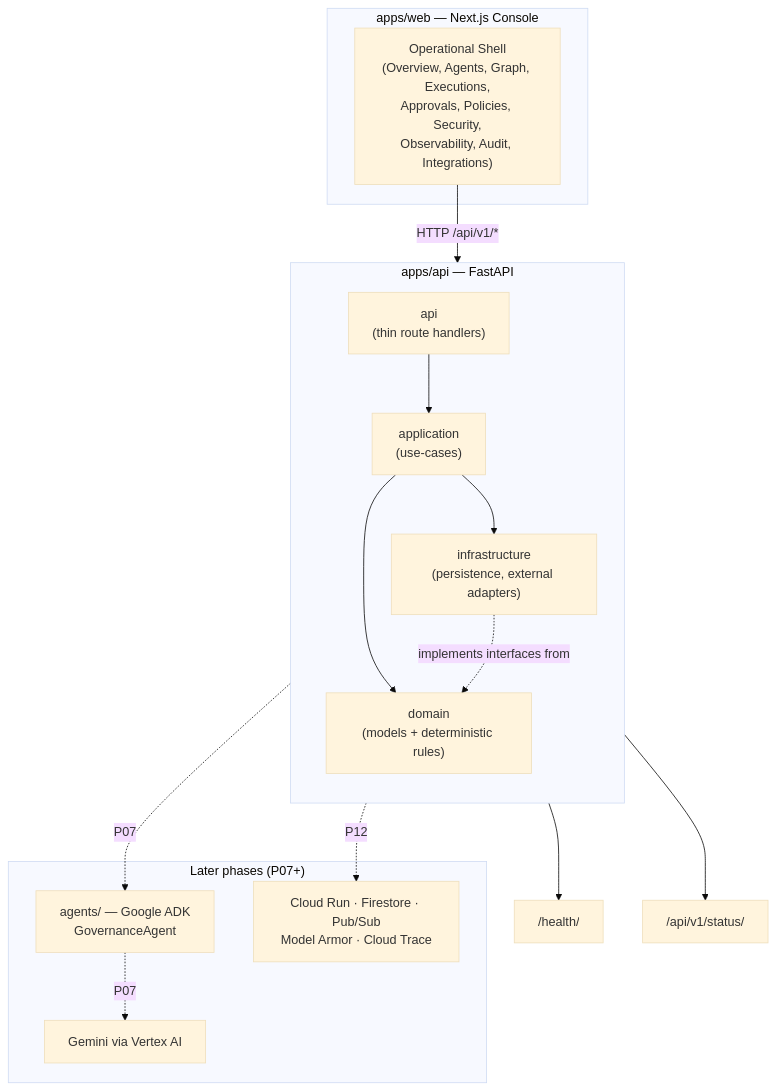
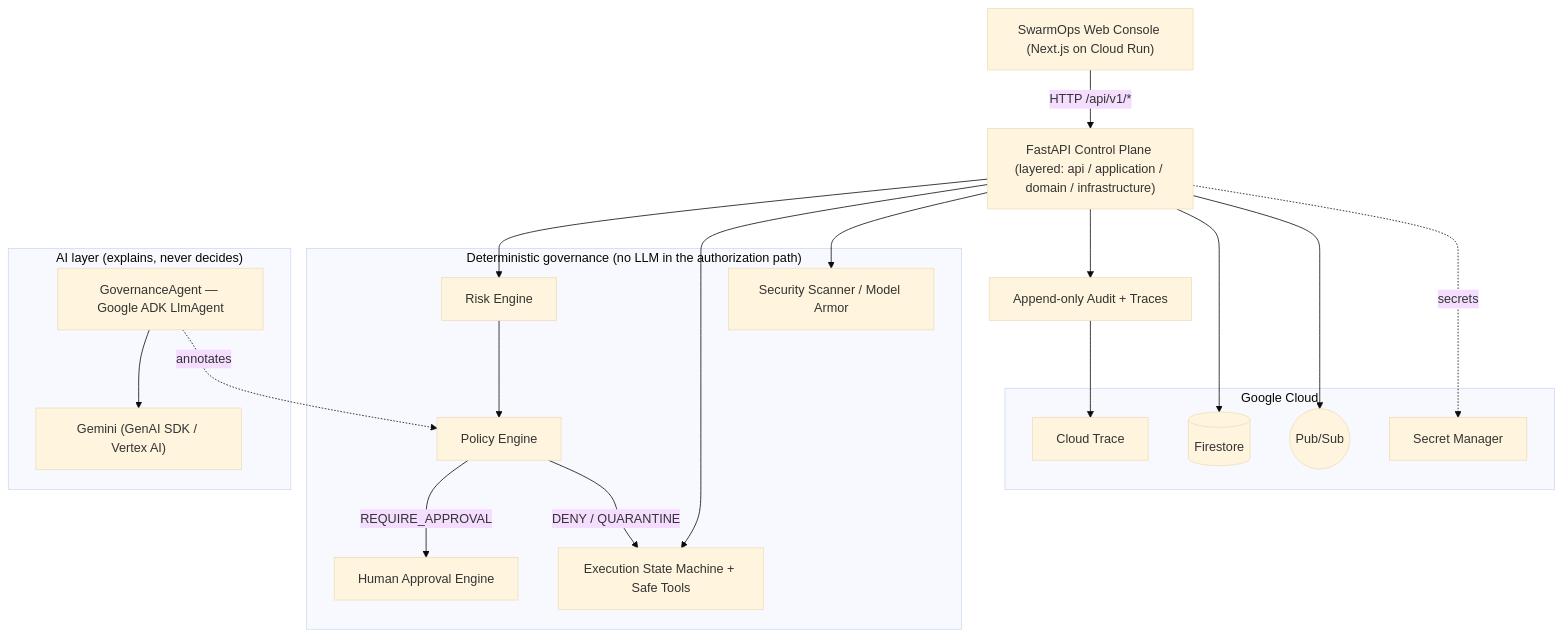
The first of 2 diagrams in docs/architecture/system.md (datAgent77/swarmops-agentic), drawn with Mermaid (base theme) before and after one commit. The commit also changed other lines of this file and 12 other files, not shown here.

First line of the commit message:
hardening: real Google ADK GovernanceAgent + doc consistency

````diff
--- a/docs/architecture/system.md
+++ b/docs/architecture/system.md
@@ -17,30 +18,39 @@
 ```mermaid
 flowchart TB
-    subgraph Client["apps/web — Next.js Console"]
-        UI["Operational Shell\n(Overview, Agents, Graph, Executions,\nApprovals, Policies, Security,\nObservability, Audit, Integrations)"]
+    UI["SwarmOps Web Console (Next.js on Cloud Run)"]
+    UI -->|"HTTP /api/v1/*"| API["FastAPI Control Plane (layered: api / application / domain / infrastructure)"]
+
+    subgraph Governance["Deterministic governance (no LLM in the authorization path)"]
+        RISK["Risk Engine"]
+        POL["Policy Engine"]
+        EXEC["Execution State Machine + Safe Tools"]
+        HUM["Human Approval Engine"]
+        SEC["Security Scanner / Model Armor"]
     end
 
-    subgraph API["apps/api — FastAPI"]
-        direction TB
-        A["api\n(thin route handlers)"]
-        APP["application\n(use-cases)"]
-        DOM["domain\n(models + deterministic rules)"]
-        INFRA["infrastructure\n(persistence, external adapters)"]
-        A --> APP --> DOM
-        APP --> INFRA
-        INFRA -.implements interfaces from.-> DOM
+    subgraph AI["AI layer (explains, never decides)"]
+        GA["GovernanceAgent — Google ADK LlmAgent"]
+        GEM["Gemini (GenAI SDK / Vertex AI)"]
+        GA --> GEM
     end
 
-    UI -->|"HTTP /api/v1/*"| A
-    A --> H["/health/"]
-    A --> S["/api/v1/status/"]
+    API --> RISK --> POL
+    POL -->|"REQUIRE_APPROVAL"| HUM
+    POL -->|"DENY / QUARANTINE"| EXEC
+    API --> EXEC
+    API --> SEC
+    GA -. annotates .-> POL
 
-    subgraph Future["Later phases (P07+)"]
-        ADK["agents/ — Google ADK\nGovernanceAgent"]
-        GEM["Gemini via Vertex AI"]
-        GCP["Cloud Run · Firestore · Pub/Sub\nModel Armor · Cloud Trace"]
+    subgraph Cloud["Google Cloud"]
+        FS[("Firestore")]
+        PS(("Pub/Sub"))
+        CT["Cloud Trace"]
+        SM["Secret Manager"]
     end
 
-    APP -.P07.-> ADK -.P07.-> GEM
-    INFRA -.P12.-> GCP
+    API --> AUD["Append-only Audit + Traces"]
+    API --> FS
+    API --> PS
+    AUD --> CT
+    API -.secrets.-> SM
 ```
````
